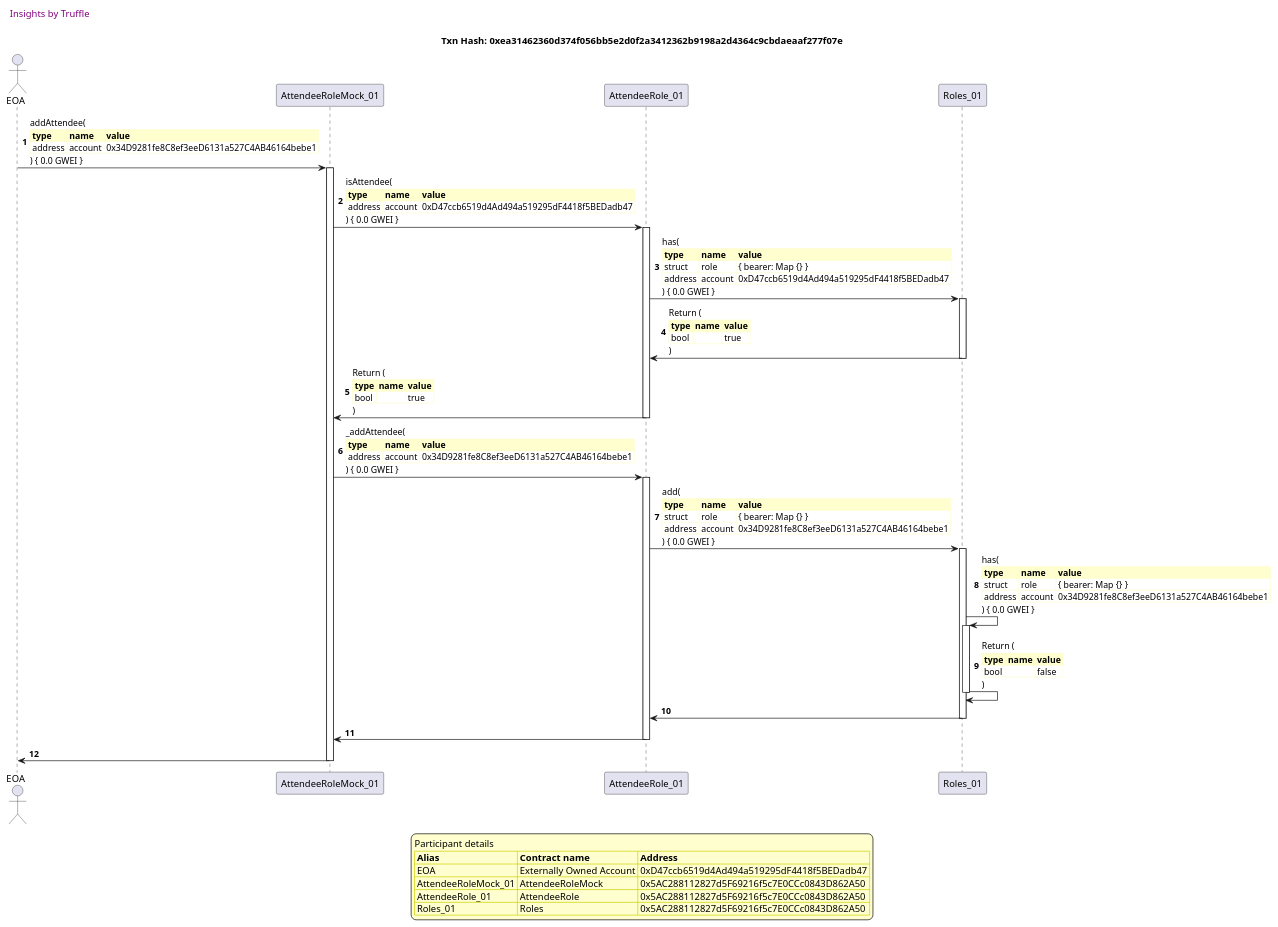
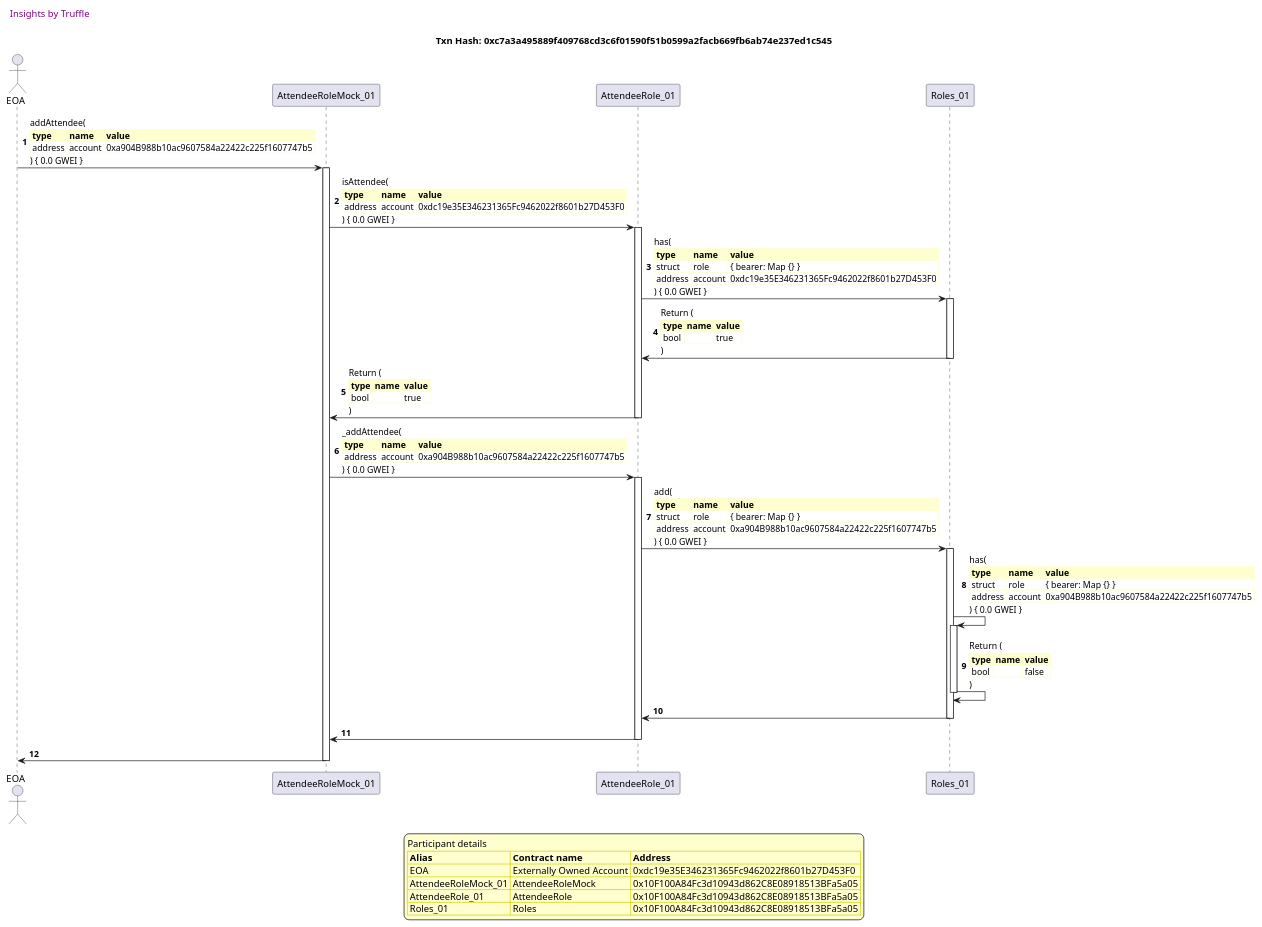
Before and after one commit to fodisi/hackapay: diagram 11 of 41 in truffle-seq/roles_attendeerole.md, drawn with PlantUML. The commit also changed other lines of this file and 10 other files, not shown here.

````diff
--- a/truffle-seq/roles_attendeerole.md
+++ b/truffle-seq/roles_attendeerole.md
@@ -803,81 +803,81 @@
 ```plantuml
 
 
 @startuml
 
 autonumber
 skinparam legendBackgroundColor #FEFECE
 
 <style>
       header {
         HorizontalAlignment left
         FontColor purple
         FontSize 14
         Padding 10
       }
     </style>
 
 header Insights by Truffle
 
-title Txn Hash: 0xea31462360d374f056bb5e2d0f2a3412362b9198a2d4364c9cbdaeaaf277f07e
+title Txn Hash: 0xc7a3a495889f409768cd3c6f01590f51b0599a2facb669fb6ab74e237ed1c545
 
 
 actor EOA as "EOA"
 participant AttendeeRoleMock_01 as "AttendeeRoleMock_01"
 participant AttendeeRole_01 as "AttendeeRole_01"
 participant Roles_01 as "Roles_01"
 
 "EOA" -> "AttendeeRoleMock_01" ++: addAttendee(\n\
 <#FEFECE,#FEFECE>|= type |= name |= value |\n\
-| address | account | 0x34D9281fe8C8ef3eeD6131a527C4AB46164bebe1 |\n\
+| address | account | 0xa904B988b10ac9607584a22422c225f1607747b5 |\n\
 ) { 0.0 GWEI }
 "AttendeeRoleMock_01" -> "AttendeeRole_01" ++: isAttendee(\n\
 <#FEFECE,#FEFECE>|= type |= name |= value |\n\
-| address | account | 0xD47ccb6519d4Ad494a519295dF4418f5BEDadb47 |\n\
+| address | account | 0xdc19e35E346231365Fc9462022f8601b27D453F0 |\n\
 ) { 0.0 GWEI }
 "AttendeeRole_01" -> "Roles_01" ++: has(\n\
 <#FEFECE,#FEFECE>|= type |= name |= value |\n\
 | struct | role | { bearer: Map {} } |\n\
-| address | account | 0xD47ccb6519d4Ad494a519295dF4418f5BEDadb47 |\n\
+| address | account | 0xdc19e35E346231365Fc9462022f8601b27D453F0 |\n\
 ) { 0.0 GWEI }
 "Roles_01" -> "AttendeeRole_01" --: Return (\n\
 <#FEFECE,#FEFECE>|= type |= name |= value |\n\
 | bool |  | true |\n\
 )
 "AttendeeRole_01" -> "AttendeeRoleMock_01" --: Return (\n\
 <#FEFECE,#FEFECE>|= type |= name |= value |\n\
 | bool |  | true |\n\
 )
 "AttendeeRoleMock_01" -> "AttendeeRole_01" ++: _addAttendee(\n\
 <#FEFECE,#FEFECE>|= type |= name |= value |\n\
-| address | account | 0x34D9281fe8C8ef3eeD6131a527C4AB46164bebe1 |\n\
+| address | account | 0xa904B988b10ac9607584a22422c225f1607747b5 |\n\
 ) { 0.0 GWEI }
 "AttendeeRole_01" -> "Roles_01" ++: add(\n\
 <#FEFECE,#FEFECE>|= type |= name |= value |\n\
 | struct | role | { bearer: Map {} } |\n\
-| address | account | 0x34D9281fe8C8ef3eeD6131a527C4AB46164bebe1 |\n\
+| address | account | 0xa904B988b10ac9607584a22422c225f1607747b5 |\n\
 ) { 0.0 GWEI }
 "Roles_01" -> "Roles_01" ++: has(\n\
 <#FEFECE,#FEFECE>|= type |= name |= value |\n\
 | struct | role | { bearer: Map {} } |\n\
-| address | account | 0x34D9281fe8C8ef3eeD6131a527C4AB46164bebe1 |\n\
+| address | account | 0xa904B988b10ac9607584a22422c225f1607747b5 |\n\
 ) { 0.0 GWEI }
 "Roles_01" -> "Roles_01" --: Return (\n\
 <#FEFECE,#FEFECE>|= type |= name |= value |\n\
 | bool |  | false |\n\
 )
 "Roles_01" -> "AttendeeRole_01" --: 
 "AttendeeRole_01" -> "AttendeeRoleMock_01" --: 
 "AttendeeRoleMock_01" -> "EOA" --: 
 
 legend
 Participant details
 <#FEFECE,#D0D000>|= Alias |= Contract name |= Address |
-<#FEFECE>| EOA | Externally Owned Account | 0xD47ccb6519d4Ad494a519295dF4418f5BEDadb47 |
-<#FEFECE>| AttendeeRoleMock_01 | AttendeeRoleMock | 0x5AC288112827d5F69216f5c7E0CCc0843D862A50 |
-<#FEFECE>| AttendeeRole_01 | AttendeeRole | 0x5AC288112827d5F69216f5c7E0CCc0843D862A50 |
-<#FEFECE>| Roles_01 | Roles | 0x5AC288112827d5F69216f5c7E0CCc0843D862A50 |
+<#FEFECE>| EOA | Externally Owned Account | 0xdc19e35E346231365Fc9462022f8601b27D453F0 |
+<#FEFECE>| AttendeeRoleMock_01 | AttendeeRoleMock | 0x10F100A84Fc3d10943d862C8E08918513BFa5a05 |
+<#FEFECE>| AttendeeRole_01 | AttendeeRole | 0x10F100A84Fc3d10943d862C8E08918513BFa5a05 |
+<#FEFECE>| Roles_01 | Roles | 0x10F100A84Fc3d10943d862C8E08918513BFa5a05 |
 endlegend
 
 @enduml
 ```
````
